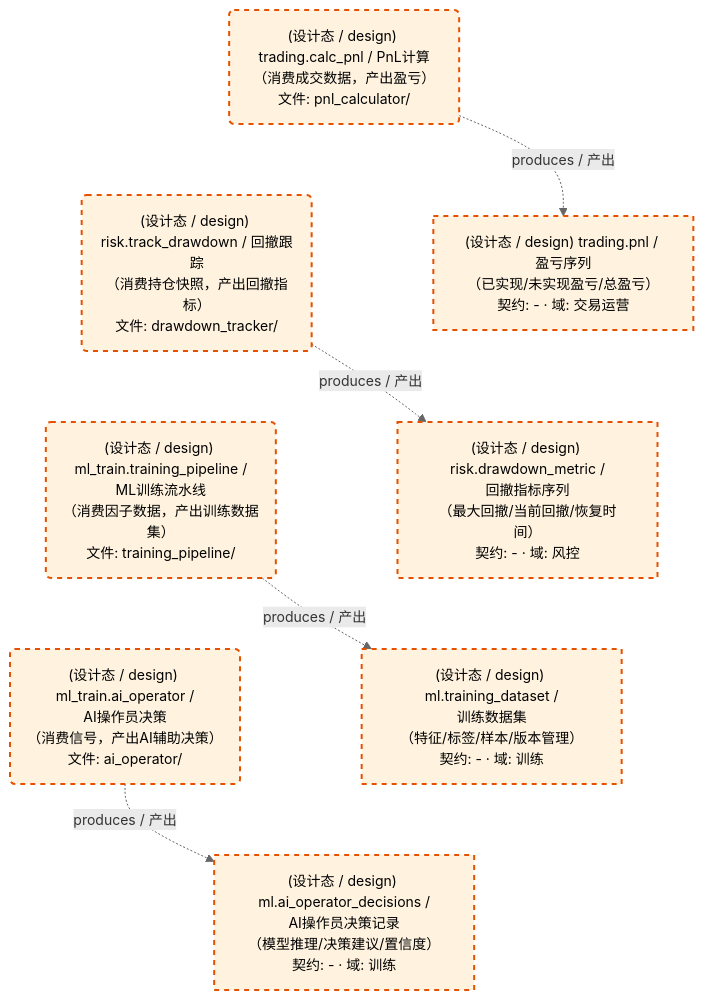
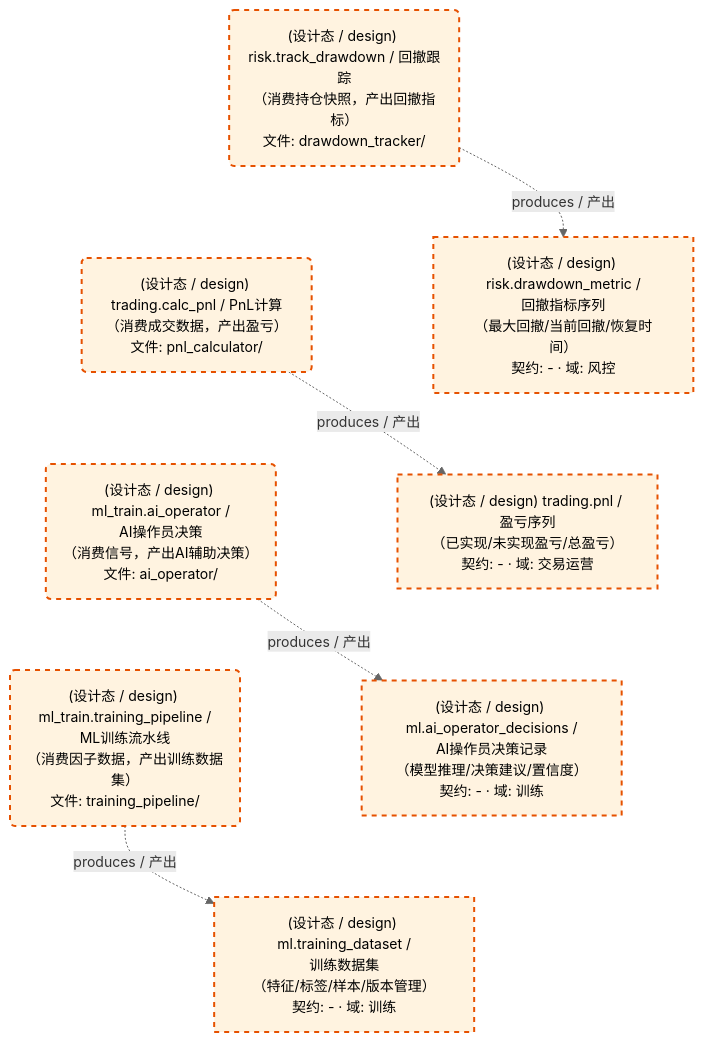
One commit to xuanFelixVan/ZephyrAlpha changed the third of 3 diagrams in docs/02_enterprise_architecture/05_dataflow_architecture/d_others.md. Above: the diagram before and after it, drawn with Mermaid. The commit also changed other lines of this file and 123 other files, not shown here.

````diff
--- a/docs/02_enterprise_architecture/05_dataflow_architecture/d_others.md
+++ b/docs/02_enterprise_architecture/05_dataflow_architecture/d_others.md
@@ -108,27 +108,27 @@
 ```mermaid
 %%{init: {'theme': 'base', 'themeVariables': {'primaryColor': '#eaeaea', 'primaryTextColor': '#333333', 'primaryBorderColor': '#666666', 'lineColor': '#666666', 'secondaryColor': '#eaeaea', 'tertiaryColor': '#eaeaea', 'clusterBkg': 'transparent', 'clusterBorder': 'transparent', 'fontSize': '14px'}}}%%
 flowchart TD
     DS11271["(设计态 / design) ml.ai_operator_decisions /<br/>AI操作员决策记录<br/>（模型推理/决策建议/置信度）<br/>契约: - · 域: 训练"]
     DS11272["(设计态 / design) ml.training_dataset /<br/>训练数据集<br/>（特征/标签/样本/版本管理）<br/>契约: - · 域: 训练"]
     DS11273["(设计态 / design) risk.drawdown_metric /<br/>回撤指标序列<br/>（最大回撤/当前回撤/恢复时间）<br/>契约: - · 域: 风控"]
     DS11274["(设计态 / design) trading.pnl / 盈亏序列<br/>（已实现/未实现盈亏/总盈亏）<br/>契约: - · 域: 交易运营"]
     JOB757635("(设计态 / design) ml_train.ai_operator /<br/>AI操作员决策<br/>（消费信号，产出AI辅助决策）<br/>文件: ai_operator/")
     JOB757636("(设计态 / design) ml_train.training_pipeline /<br/>ML训练流水线<br/>（消费因子数据，产出训练数据集）<br/>文件: training_pipeline/")
     JOB757637("(设计态 / design) risk.track_drawdown / 回撤跟踪<br/>（消费持仓快照，产出回撤指标）<br/>文件: drawdown_tracker/")
     JOB757638("(设计态 / design) trading.calc_pnl / PnL计算<br/>（消费成交数据，产出盈亏）<br/>文件: pnl_calculator/")
     JOB757635 -.->|produces / 产出| DS11271
     JOB757636 -.->|produces / 产出| DS11272
     JOB757637 -.->|produces / 产出| DS11273
     JOB757638 -.->|produces / 产出| DS11274
-    JOB757638 ~~~ JOB757637
-    JOB757637 ~~~ JOB757636
-    JOB757636 ~~~ JOB757635
-    DS11274 ~~~ DS11273
-    DS11273 ~~~ DS11272
-    DS11272 ~~~ DS11271
+    JOB757637 ~~~ JOB757638
+    JOB757638 ~~~ JOB757635
+    JOB757635 ~~~ JOB757636
+    DS11273 ~~~ DS11274
+    DS11274 ~~~ DS11271
+    DS11271 ~~~ DS11272
     classDef production fill:#e1f5fe,stroke:#01579b,stroke-width:2px,color:#000
     classDef design fill:#fff3e0,stroke:#e65100,stroke-width:2px,color:#000,stroke-dasharray: 5 5
     classDef external_prod fill:#e8f4fd,stroke:#0277bd,stroke-width:1px,color:#000
     classDef external_design fill:#fff8e7,stroke:#ef6c00,stroke-width:1px,color:#000,stroke-dasharray: 5 5
     class DS11271,DS11272,DS11273,DS11274,JOB757635,JOB757636,JOB757637,JOB757638 design
 ```
````
